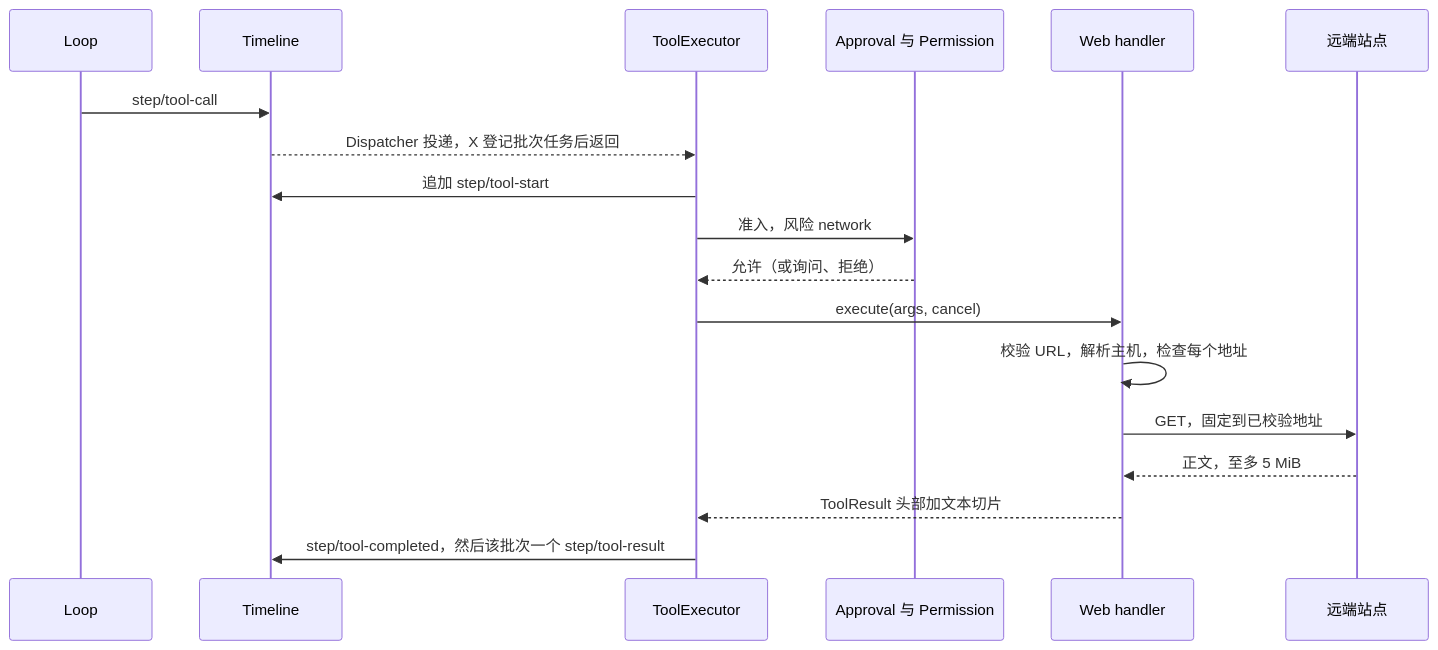
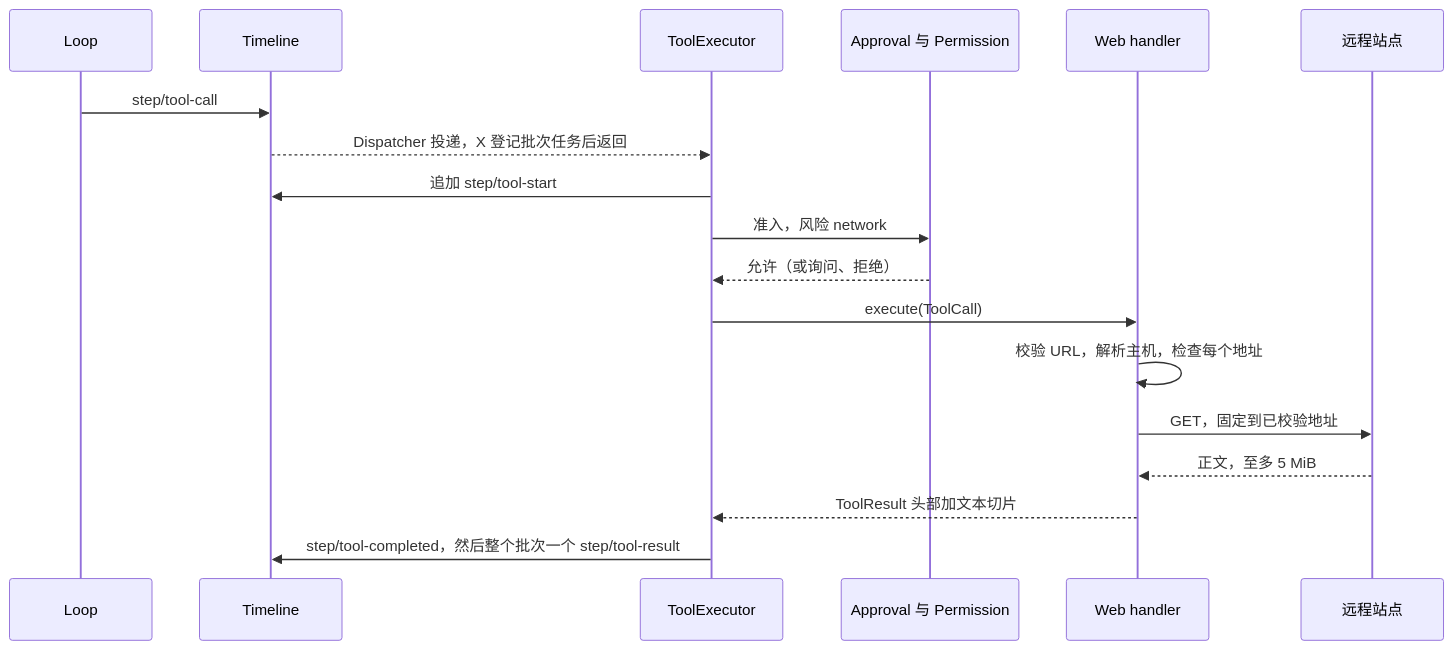
The third of 5 diagrams in docs/zh/design/plugins/Web.md (CoutinhoTTS/dim-agent), drawn with Mermaid before and after one commit. The commit also changed other lines of this file and 18 other files, not shown here.

````diff
--- a/docs/zh/design/plugins/Web.md
+++ b/docs/zh/design/plugins/Web.md
@@ -64,20 +64,20 @@
 ```mermaid
 sequenceDiagram
   participant L as Loop
   participant TL as Timeline
   participant X as ToolExecutor
   participant A as Approval 与 Permission
   participant W as Web handler
-  participant N as 远端站点
+  participant N as 远程站点
   L->>TL: step/tool-call
   TL-->>X: Dispatcher 投递，X 登记批次任务后返回
   X->>TL: 追加 step/tool-start
   X->>A: 准入，风险 network
   A-->>X: 允许（或询问、拒绝）
-  X->>W: execute(args, cancel)
+  X->>W: execute(ToolCall)
   W->>W: 校验 URL，解析主机，检查每个地址
   W->>N: GET，固定到已校验地址
   N-->>W: 正文，至多 5 MiB
   W-->>X: ToolResult 头部加文本切片
-  X->>TL: step/tool-completed，然后该批次一个 step/tool-result
+  X->>TL: step/tool-completed，然后整个批次一个 step/tool-result
 ```
````
